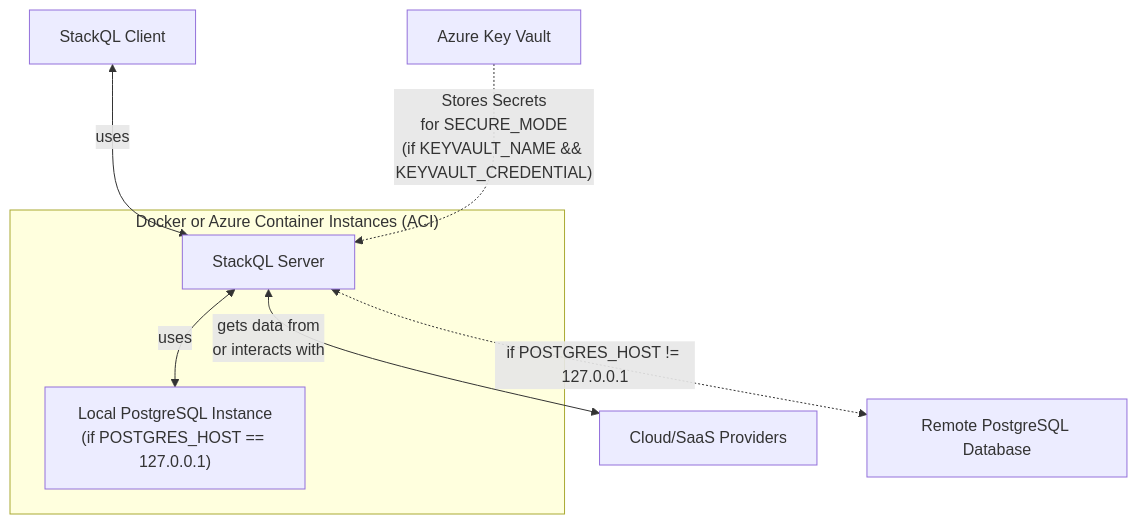
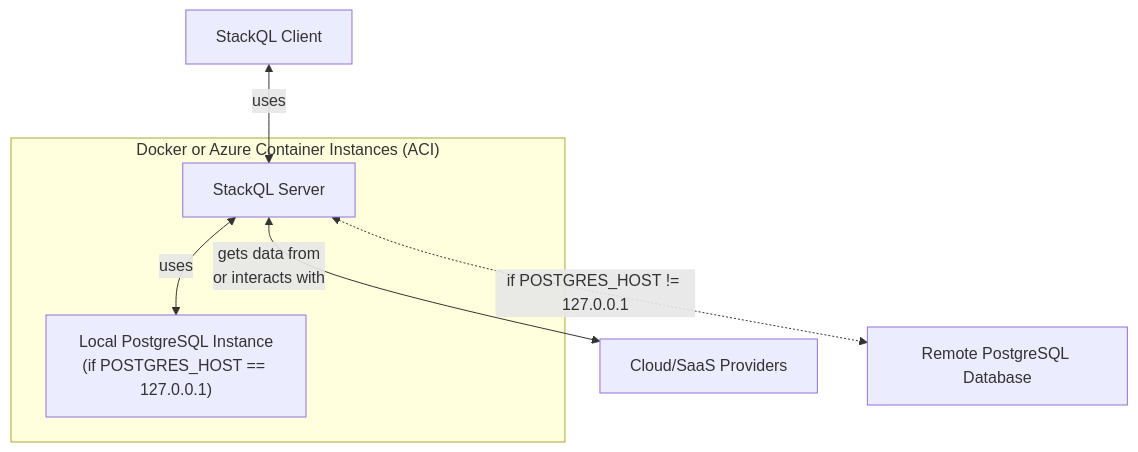
Before and after one commit to stackql/stackql-server: the diagram in README.md, drawn with Mermaid. The commit also changed other lines of this file and 1 other file, not shown here.

````diff
--- a/README.md
+++ b/README.md
@@ -24,12 +24,12 @@
 ```mermaid
 flowchart TD;
 subgraph Docker_or_ACI["Docker or Azure Container Instances (ACI)"];
 B[StackQL Server];
 C["Local PostgreSQL Instance\n(if POSTGRES_HOST == 127.0.0.1)"];
 B <-- uses --> C;
 end;
 A[StackQL Client] <-- uses --> B;
 B <-- gets data from\nor interacts with --> E[Cloud/SaaS Providers];
-KV[Azure Key Vault] -.->|"Stores Secrets\nfor SECURE_MODE\n(if KEYVAULT_NAME && KEYVAULT_CREDENTIAL)"| B;
+%% KV[Azure Key Vault] -.->|"Stores Secrets\nfor SECURE_MODE\n(if KEYVAULT_NAME && KEYVAULT_CREDENTIAL)"| B;
 B <-.->|if POSTGRES_HOST != 127.0.0.1| RemoteDB["Remote PostgreSQL Database"];
 ```
````
